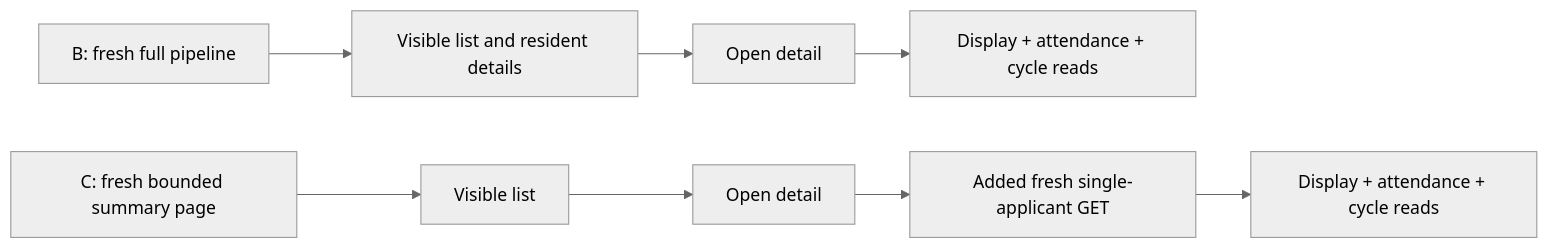
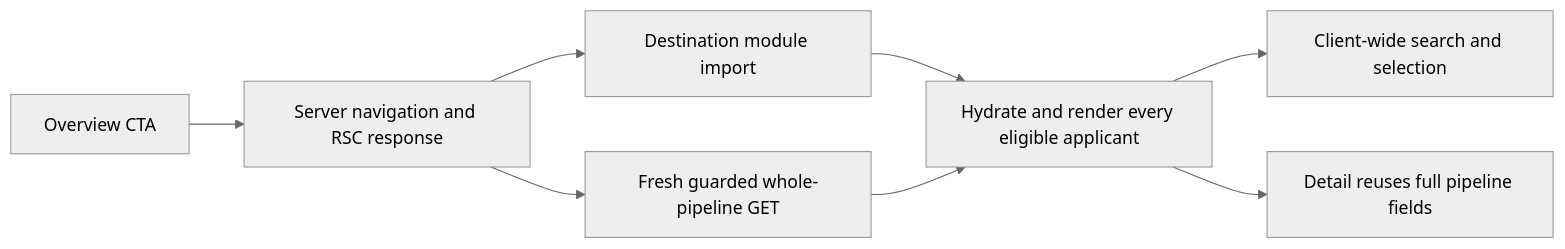
The first of 2 diagrams in docs/performance/pipeline-release-repair/ROOT_CAUSE.md (TheFrtiz22/out-class), drawn with Mermaid (neutral theme) before and after one commit. The commit also changed other lines of this file and 512 other files, not shown here.

````diff
--- a/docs/performance/pipeline-release-repair/ROOT_CAUSE.md
+++ b/docs/performance/pipeline-release-repair/ROOT_CAUSE.md
@@ -31,10 +52,10 @@
 ```mermaid
 flowchart LR
-  B[B: fresh full pipeline] --> BL[Visible list and resident details]
-  BL --> BD[Open detail]
-  BD --> BP[Display + attendance + cycle reads]
-  C[C: fresh bounded summary page] --> CL[Visible list]
-  CL --> CD[Open detail]
-  CD --> CG[Added fresh single-applicant GET]
-  CG --> CP[Display + attendance + cycle reads]
+  A[Overview CTA] --> B[Server navigation and RSC response]
+  B --> C[Destination module import]
+  B --> D[Fresh guarded whole-pipeline GET]
+  C --> E[Hydrate and render every eligible applicant]
+  D --> E
+  E --> F[Client-wide search and selection]
+  E --> G[Detail reuses full pipeline fields]
 ```
````
